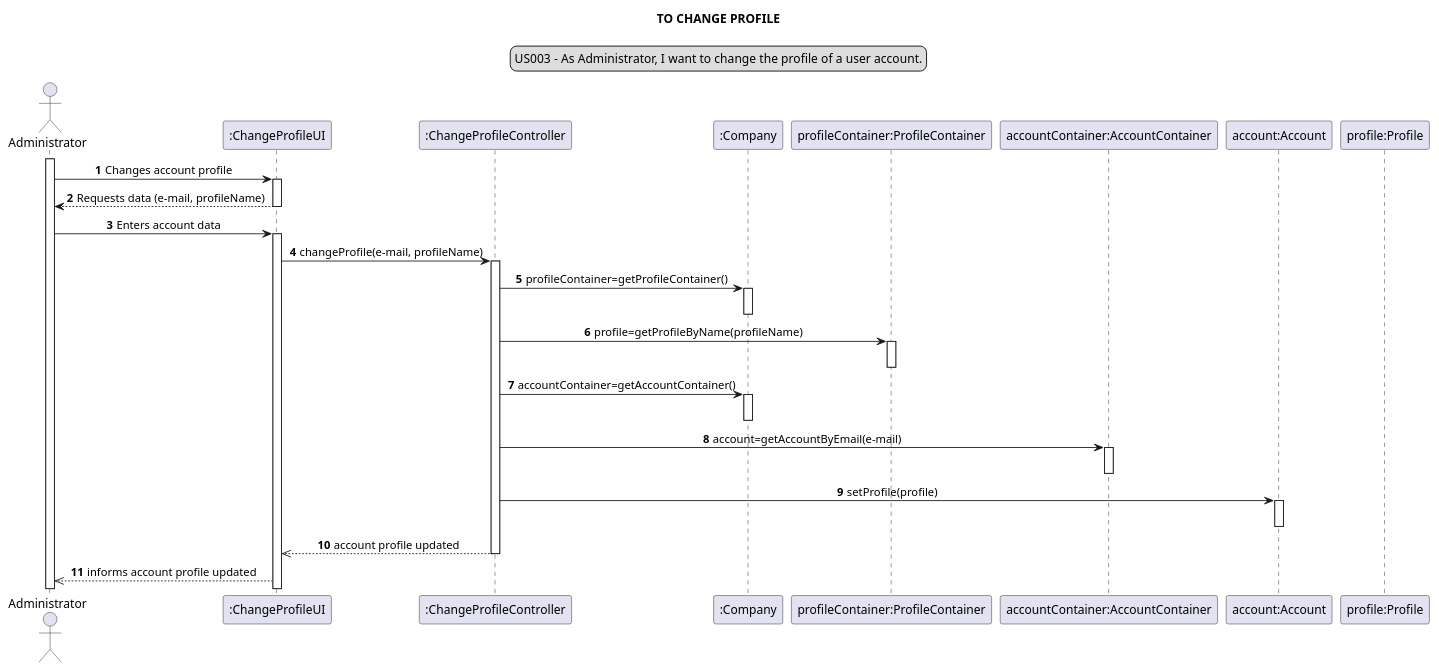
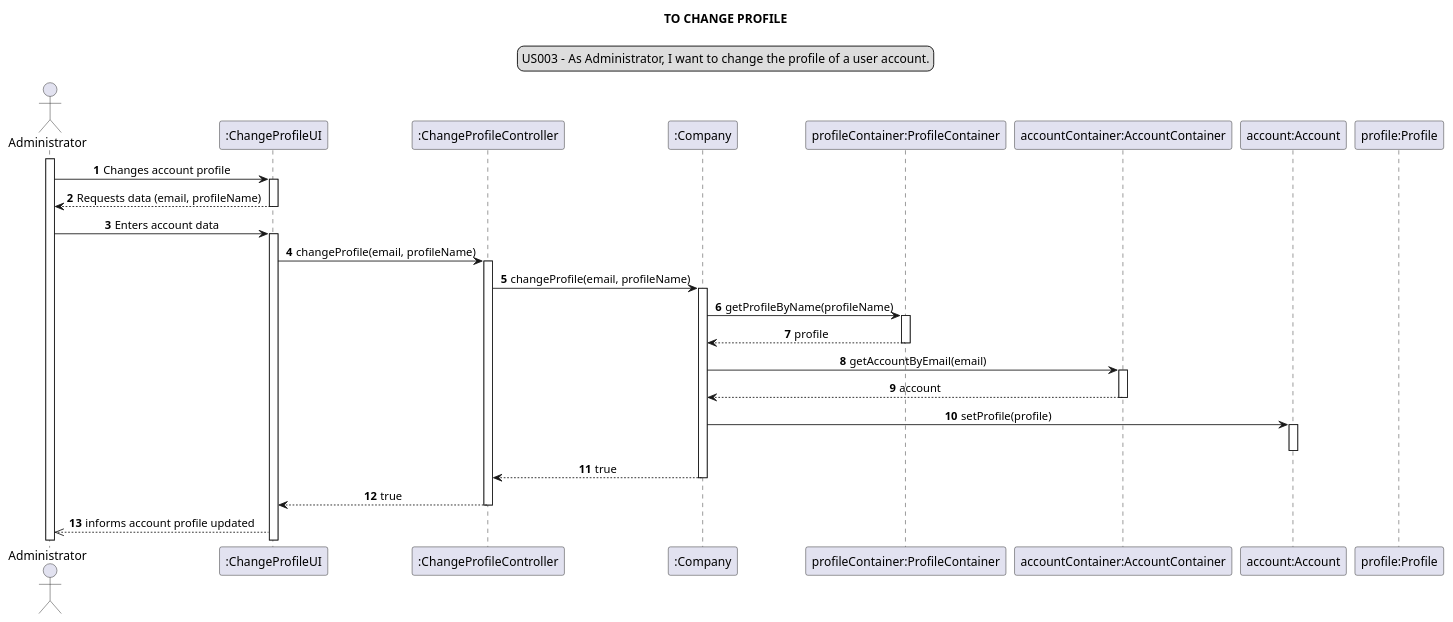
The diagram in docs/modelling_design/user_stories/us003/US003_sequenceDiagram.puml (Loracline/project_switch_22-23), drawn with PlantUML before and after one commit. The commit also changed 1 other file, not shown here.

Commit message:
US003: Design: Updated Sequence Diagram and Class Diagram.

```diff
--- a/docs/modelling_design/user_stories/us003/US003_sequenceDiagram.puml
+++ b/docs/modelling_design/user_stories/us003/US003_sequenceDiagram.puml
@@ -1,48 +1,48 @@
 @startuml
 
 
 actor Administrator
 participant ":ChangeProfileUI" as ui
 participant ":ChangeProfileController" as controller
 participant ":Company" as company
 participant "profileContainer:ProfileContainer" as pcontainer
 participant "accountContainer:AccountContainer" as acontainer
 participant "account:Account" as account
 participant "profile:Profile" as pprofile
 
 skinparam sequenceMessageAlign center
 title TO CHANGE PROFILE
 legend top
 US003 - As Administrator, I want to change the profile of a user account.
 end legend
 autonumber
 activate Administrator
 Administrator -> ui:  Changes account profile
 activate ui
-Administrator <-- ui:  Requests data (e-mail, profileName)
+Administrator <-- ui:  Requests data (email, profileName)
 deactivate ui
 Administrator -> ui:  Enters account data
 activate ui
-ui -> controller: changeProfile(e-mail, profileName)
+ui -> controller: changeProfile(email, profileName)
 activate controller
-controller -> company: profileContainer=getProfileContainer()
+controller -> company: changeProfile(email, profileName)
 activate company
-deactivate company
-controller -> pcontainer: profile=getProfileByName(profileName)
+company -> pcontainer: getProfileByName(profileName)
 activate pcontainer
+company <-- pcontainer: profile
 deactivate pcontainer
-controller-> company: accountContainer=getAccountContainer()
-activate company
-deactivate company
-controller -> acontainer: account=getAccountByEmail(e-mail)
+company -> acontainer: getAccountByEmail(email)
 activate acontainer
+company <-- acontainer: account
 deactivate acontainer
-controller -> account: setProfile(profile)
+company -> account: setProfile(profile)
 activate account
 deactivate account
-controller -->> ui: account profile updated
+controller <-- company: true
+deactivate company
+controller --> ui: true
 deactivate controller
 ui -->> Administrator: informs account profile updated
 
 
 @enduml
```
